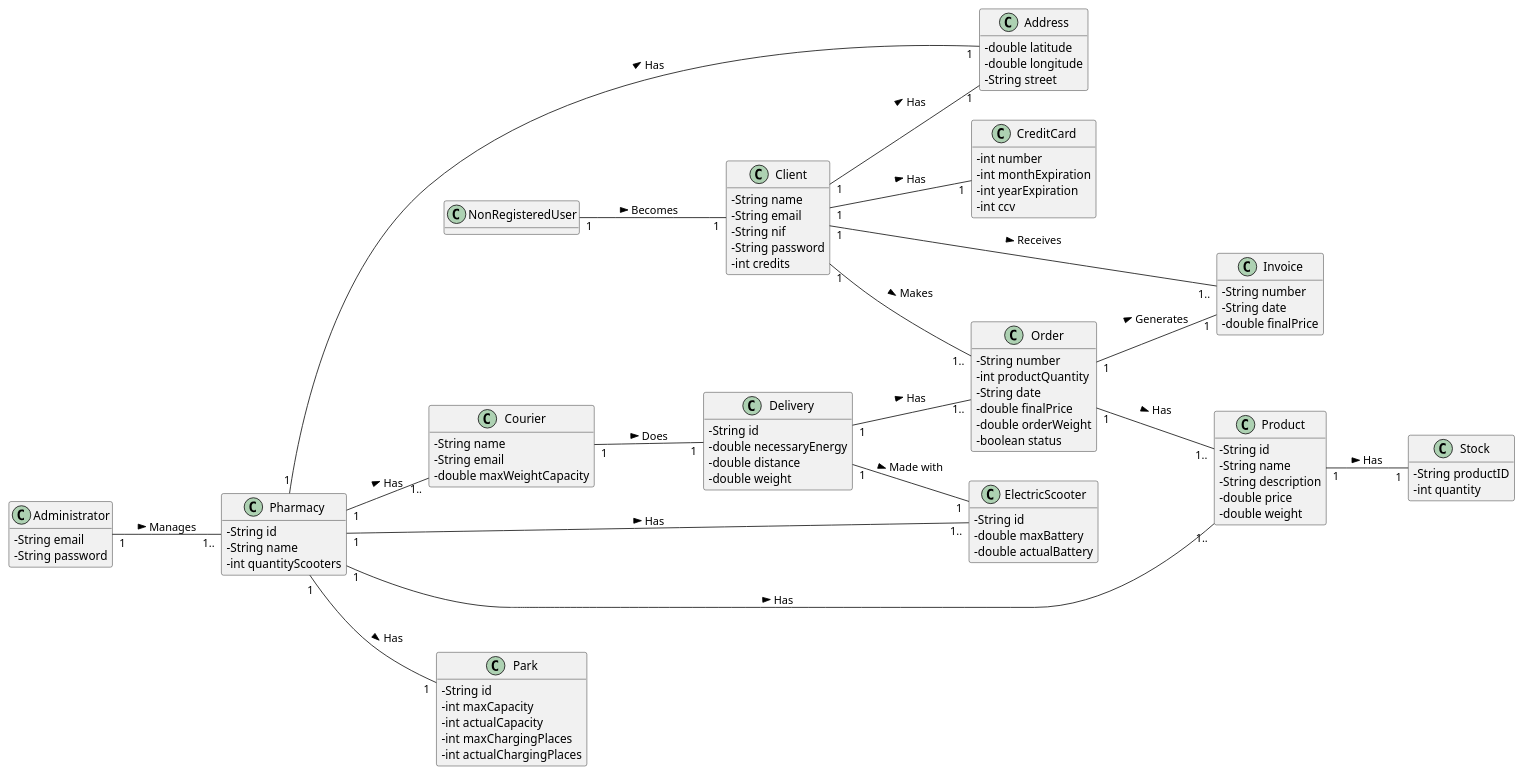
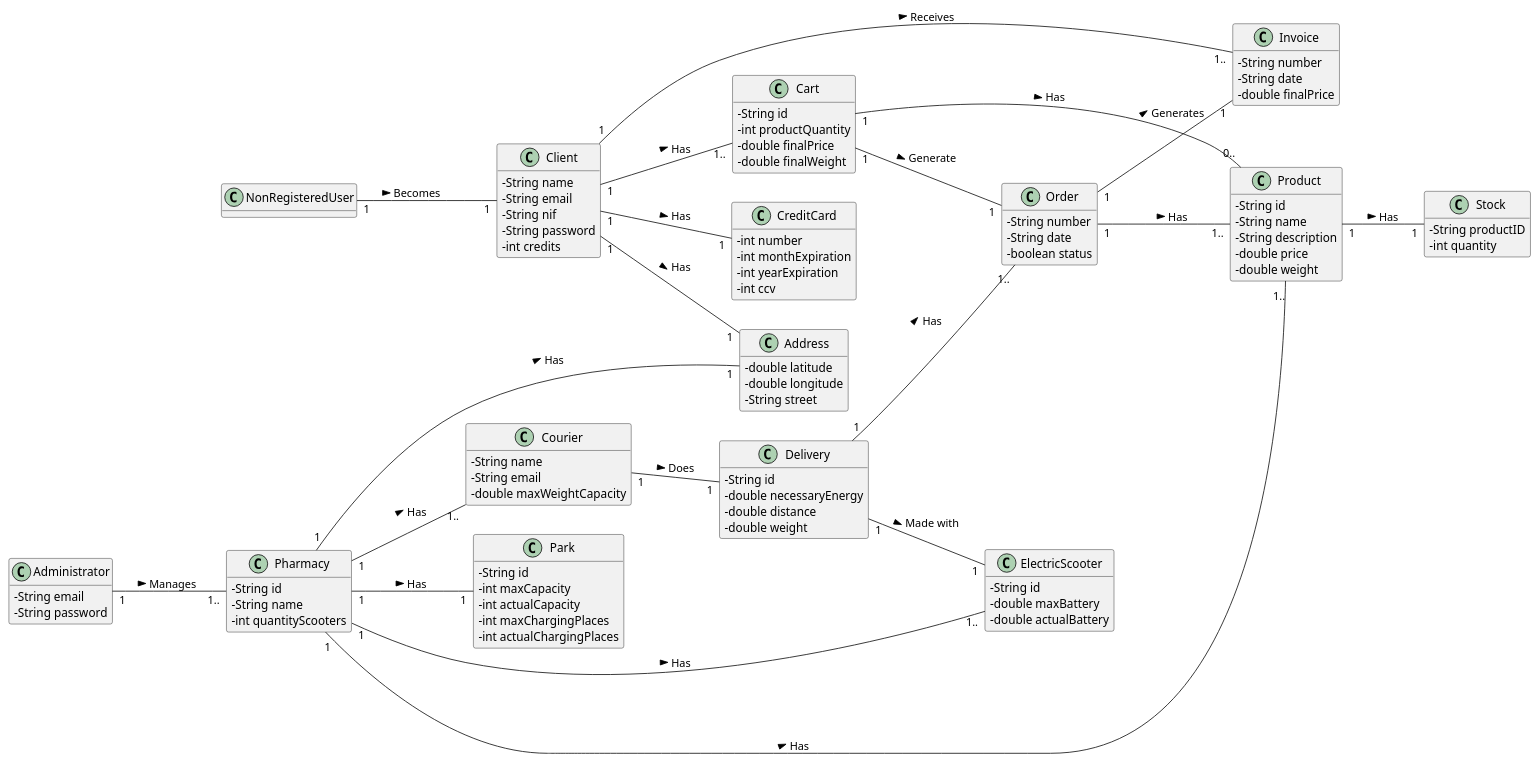
Before and after one commit to 1190452/LAPR3: the diagram in Documents/lapr3_md.puml, drawn with PlantUML.

Commit message:
<AUCMN1-202> #comment changes in the MD

```diff
--- a/Documents/lapr3_md.puml
+++ b/Documents/lapr3_md.puml
@@ -1,121 +1,128 @@
 @startuml
 skinparam classAttributeIconSize 0
 hide methods
 left to right direction
 
 class NonRegisteredUser {
 }
 
 class Client {
   -String name
   -String email
   -String nif
   -String password
   -int credits
 }
 
 class Administrator {
   -String email
   -String password
 }
 
 class Courier {
   -String name
   -String email
   -double maxWeightCapacity
 }
 
 class Pharmacy {
   -String id
   -String name
   -int quantityScooters
   }
 
 class ElectricScooter {
   -String id
   -double maxBattery
   -double actualBattery
   }
 
+class Cart {
+  -String id
+  -int productQuantity
+  -double finalPrice
+  -double finalWeight
+}
+
 class Order {
   -String number
-  -int productQuantity
   -String date
-  -double finalPrice
-  -double orderWeight
   -boolean status
   }
 
 class Invoice {
   -String number
   -String date
   -double finalPrice
   }
 
 class Stock {
   -String productID
   -int quantity
 }
 
 class Product {
   -String id
   -String name
   -String description
   -double price
   -double weight
 }
 
 class Address {
   -double latitude
   -double longitude
   -String street
 }
 
 class CreditCard {
   -int number
   -int monthExpiration
   -int yearExpiration
   -int ccv
 }
 
 class Park {
   -String id
   -int maxCapacity
   -int actualCapacity
   -int maxChargingPlaces
   -int actualChargingPlaces
 }
 
 class Delivery {
   -String id
   -double necessaryEnergy
   -double distance
   -double weight
 }
 
 NonRegisteredUser "1" -- "1" Client: Becomes >
 Client "1" -- "1" Address: Has >
 Client "1" -- "1" CreditCard: Has >
 Client "1" -- "1.." Invoice: Receives >
-Client "1" -- "1.." Order: Makes >
+Client "1" -- "1.." Cart: Has >
+
+Cart "1" -- "0.." Product: Has >
+Cart "1" -- "1" Order: Generate >
 
 Order "1" -- "1.." Product: Has >
 Order "1" -- "1" Invoice: Generates >
   
 Pharmacy "1" -- "1" Park: Has >
 Pharmacy "1" -- "1.." Product: Has >
 Pharmacy "1" -- "1.." Courier: Has >
 Pharmacy "1" -- "1" Address: Has >
 Pharmacy "1" -- "1.." ElectricScooter: Has >
 
 Product "1" -- "1" Stock: Has > 
 
 Administrator "1" -- "1.." Pharmacy: Manages >
 
 Delivery "1" -- "1.." Order: Has >
 Delivery "1" -- "1" ElectricScooter: Made with >
 
 Courier "1" -- "1" Delivery: Does >
 
 
 @enduml
```
